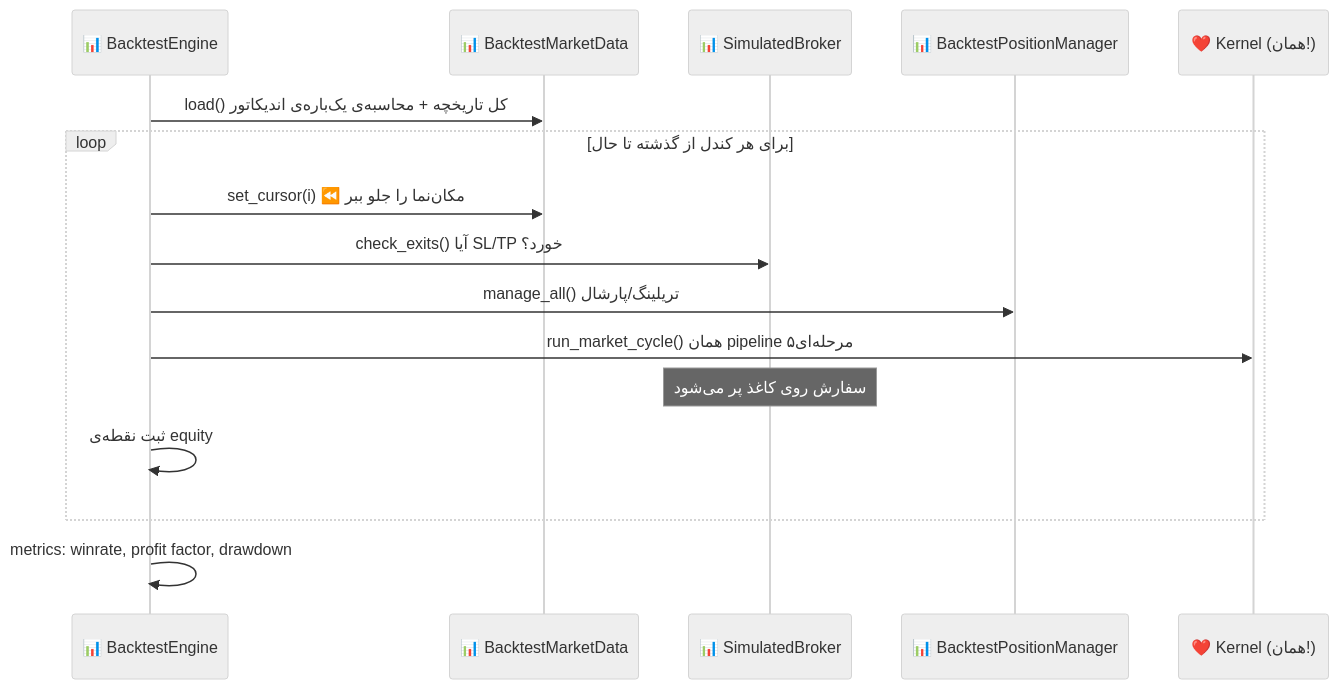
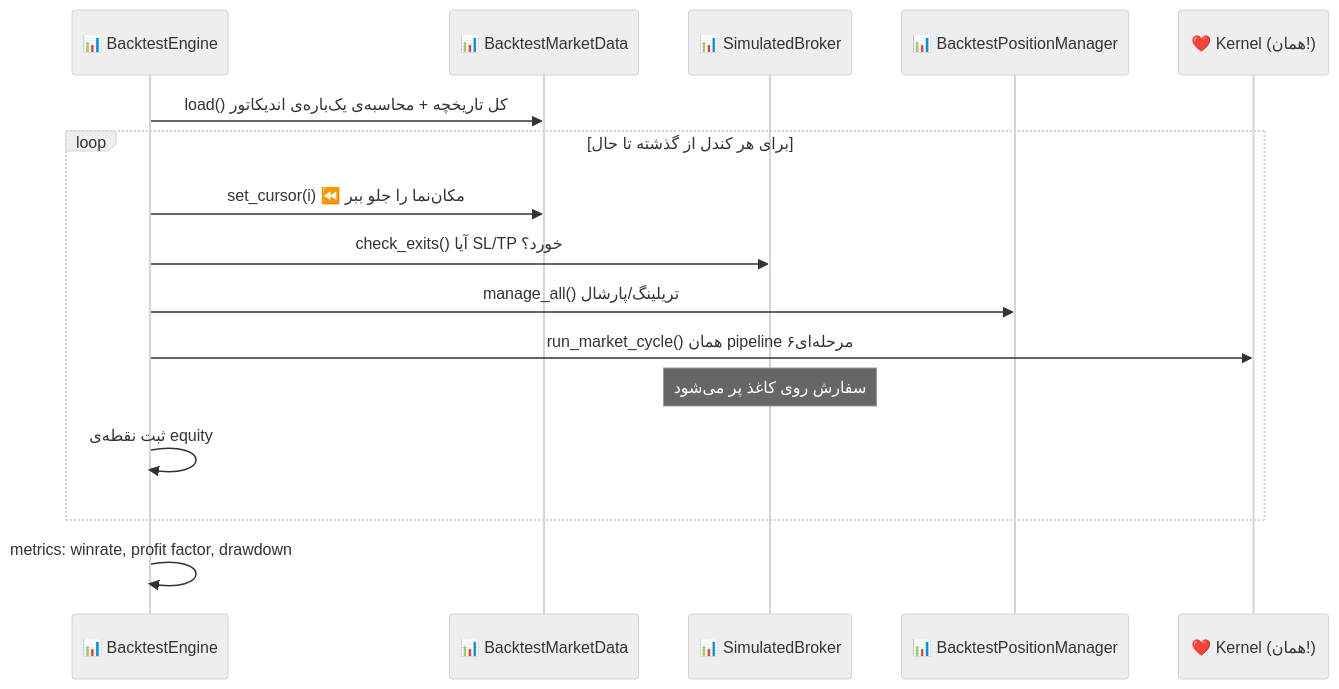
The fourth of 9 diagrams in docs/WHITEBOARD_FA.md (arasto007/trading-bot), drawn with Mermaid (neutral theme) before and after one commit. The commit also changed other lines of this file and 171 other files, not shown here.

````diff
--- a/docs/WHITEBOARD_FA.md
+++ b/docs/WHITEBOARD_FA.md
@@ -222,19 +227,19 @@
 ```mermaid
 sequenceDiagram
     participant E as 📊 BacktestEngine
     participant DS as 📊 BacktestMarketData
     participant BR as 📊 SimulatedBroker
     participant PM as 📊 BacktestPositionManager
     participant K as ❤️ Kernel (همان!)
 
     E->>DS: load() کل تاریخچه + محاسبه‌ی یک‌باره‌ی اندیکاتور
     loop برای هر کندل از گذشته تا حال
         E->>DS: set_cursor(i) ⏪ مکان‌نما را جلو ببر
         E->>BR: check_exits() آیا SL/TP خورد؟
         E->>PM: manage_all() تریلینگ/پارشال
-        E->>K: run_market_cycle() همان pipeline ۵مرحله‌ای
+        E->>K: run_market_cycle() همان pipeline ۶مرحله‌ای
         Note over BR: سفارش روی کاغذ پر می‌شود
         E->>E: ثبت نقطه‌ی equity
     end
     E->>E: metrics: winrate, profit factor, drawdown
 ```
````
